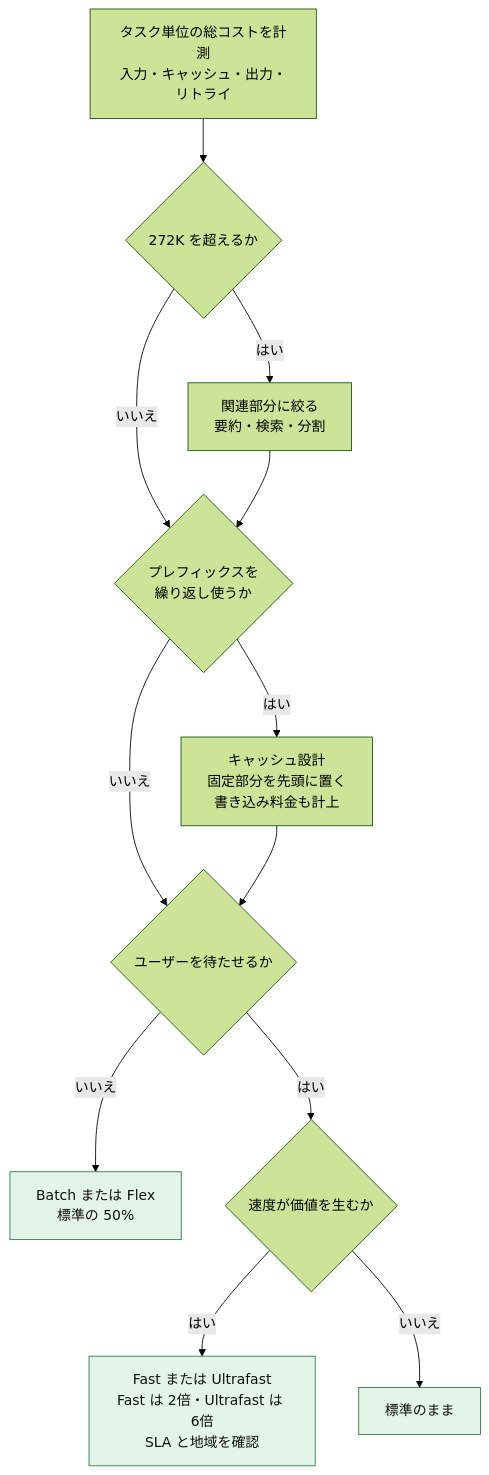
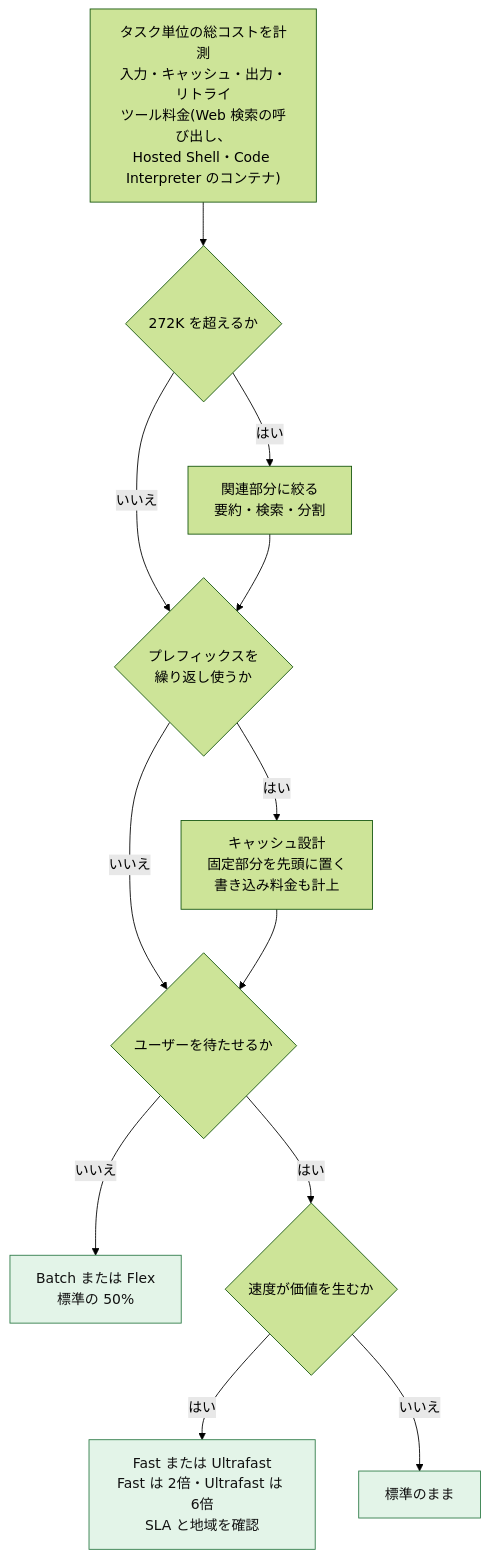
Before and after one commit to myoshi2891/Comparison-of-LLMs: the tenth of 12 diagrams in Openai-gpt-6-astra-best-practices-guide.md, drawn with Mermaid (forest theme). The commit also changed other lines of this file, not shown here.

````diff
--- a/Openai-gpt-6-astra-best-practices-guide.md
+++ b/Openai-gpt-6-astra-best-practices-guide.md
@@ -662,16 +668,16 @@
 ```mermaid
 flowchart TB
-  A["タスク単位の総コストを計測<br/>入力・キャッシュ・出力・リトライ"] --> B{"272K を超えるか"}
+  A["タスク単位の総コストを計測<br/>入力・キャッシュ・出力・リトライ<br/>ツール料金(Web 検索の呼び出し、<br/>Hosted Shell・Code Interpreter のコンテナ)"] --> B{"272K を超えるか"}
   B -- "はい" --> C["関連部分に絞る<br/>要約・検索・分割"]
   B -- "いいえ" --> D{"プレフィックスを<br/>繰り返し使うか"}
   C --> D
   D -- "はい" --> E["キャッシュ設計<br/>固定部分を先頭に置く<br/>書き込み料金も計上"]
   D -- "いいえ" --> F{"ユーザーを待たせるか"}
   E --> F
   F -- "いいえ" --> G["Batch または Flex<br/>標準の 50%"]
   F -- "はい" --> H{"速度が価値を生むか"}
   H -- "はい" --> I["Fast または Ultrafast<br/>Fast は 2倍・Ultrafast は 6倍<br/>SLA と地域を確認"]
   H -- "いいえ" --> J["標準のまま"]
   classDef ok fill:#e3f4e8,stroke:#2d7a46,color:#111
   class G,I,J ok
 ```
````
